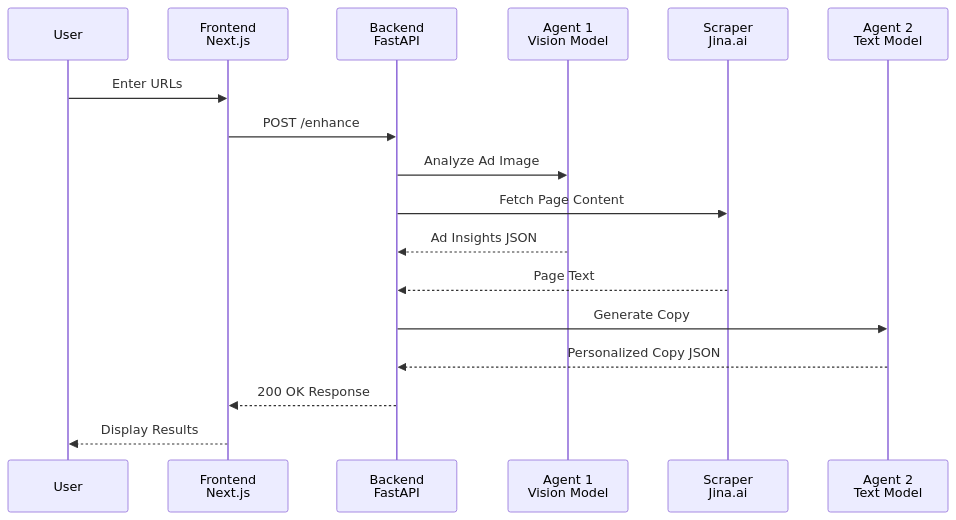
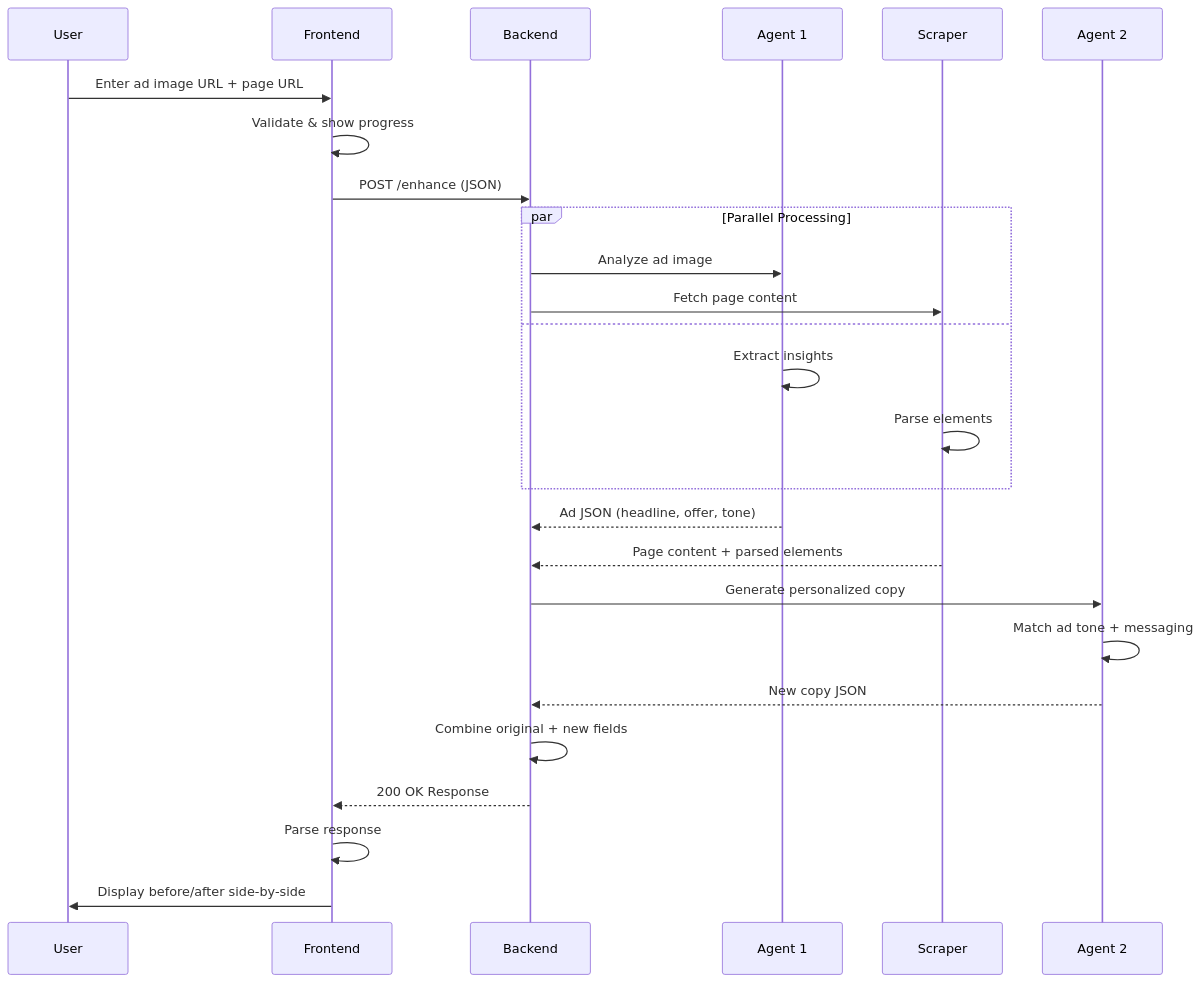
One commit to ApexYash11/Troopod-assigment changed the second of 5 diagrams in README.md. Above: the diagram before and after it, drawn with Mermaid. The commit also changed other lines of this file and 7 other files, not shown here.

First line of the commit message:
feat: Enhance ad analysis and landing page personalization

````diff
--- a/README.md
+++ b/README.md
@@ -373,23 +78,34 @@
 ```mermaid
 sequenceDiagram
     participant User
-    participant Frontend as Frontend<br/>Next.js
-    participant Backend as Backend<br/>FastAPI
-    participant Vision as Agent 1<br/>Vision Model
-    participant Scraper as Scraper<br/>Jina.ai
-    participant Text as Agent 2<br/>Text Model
+    participant Frontend
+    participant Backend
+    participant Agent1 as Agent 1
+    participant Scraper
+    participant Agent2 as Agent 2
     
-    User->>Frontend: Enter URLs
-    Frontend->>Backend: POST /enhance
-    Backend->>Vision: Analyze Ad Image
-    Backend->>Scraper: Fetch Page Content
+    User->>Frontend: Enter ad image URL + page URL
+    Frontend->>Frontend: Validate & show progress
+    Frontend->>Backend: POST /enhance (JSON)
     
-    Vision-->>Backend: Ad Insights JSON
-    Scraper-->>Backend: Page Text
+    par Parallel Processing
+        Backend->>Agent1: Analyze ad image
+        Backend->>Scraper: Fetch page content
+    and
+        Agent1->>Agent1: Extract insights
+        Scraper->>Scraper: Parse elements
+    end
     
-    Backend->>Text: Generate Copy
-    Text-->>Backend: Personalized Copy JSON
+    Agent1-->>Backend: Ad JSON (headline, offer, tone)
+    Scraper-->>Backend: Page content + parsed elements
     
+    Backend->>Agent2: Generate personalized copy
+    Agent2->>Agent2: Match ad tone + messaging
+    Agent2-->>Backend: New copy JSON
+    
+    Backend->>Backend: Combine original + new fields
     Backend-->>Frontend: 200 OK Response
-    Frontend-->>User: Display Results
+    
+    Frontend->>Frontend: Parse response
+    Frontend->>User: Display before/after side-by-side
 ```
````
